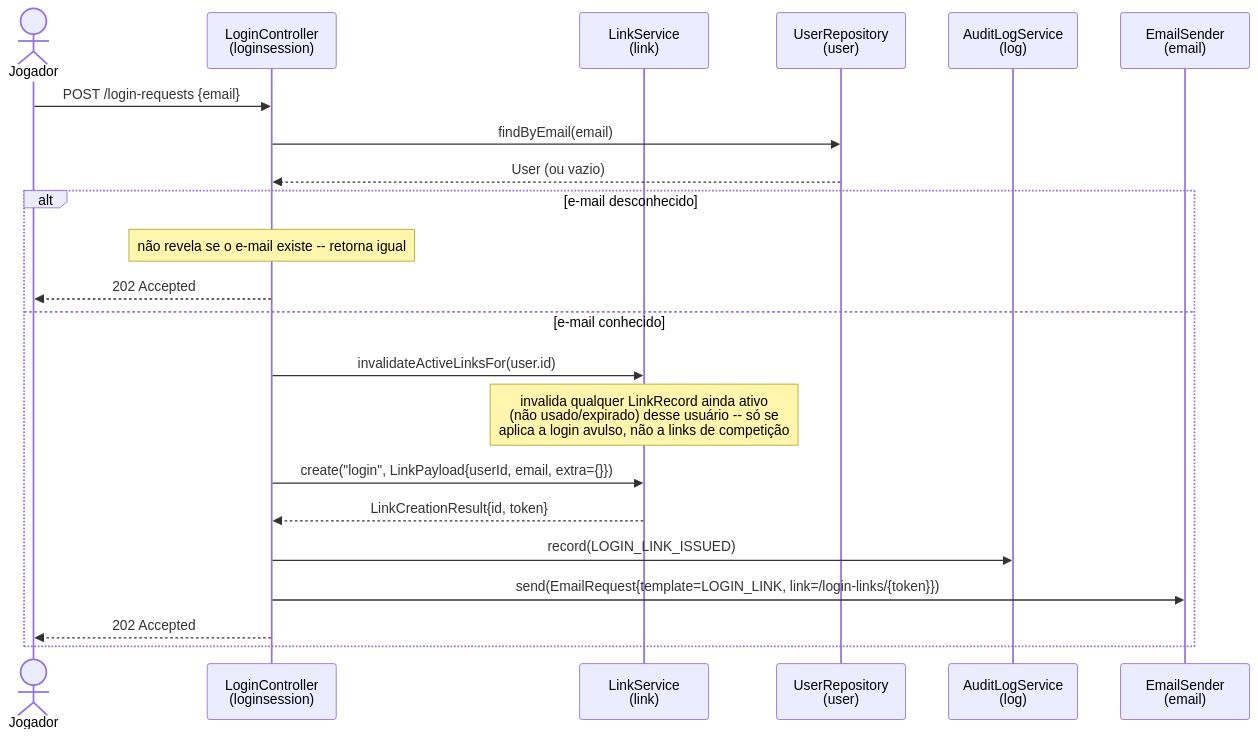
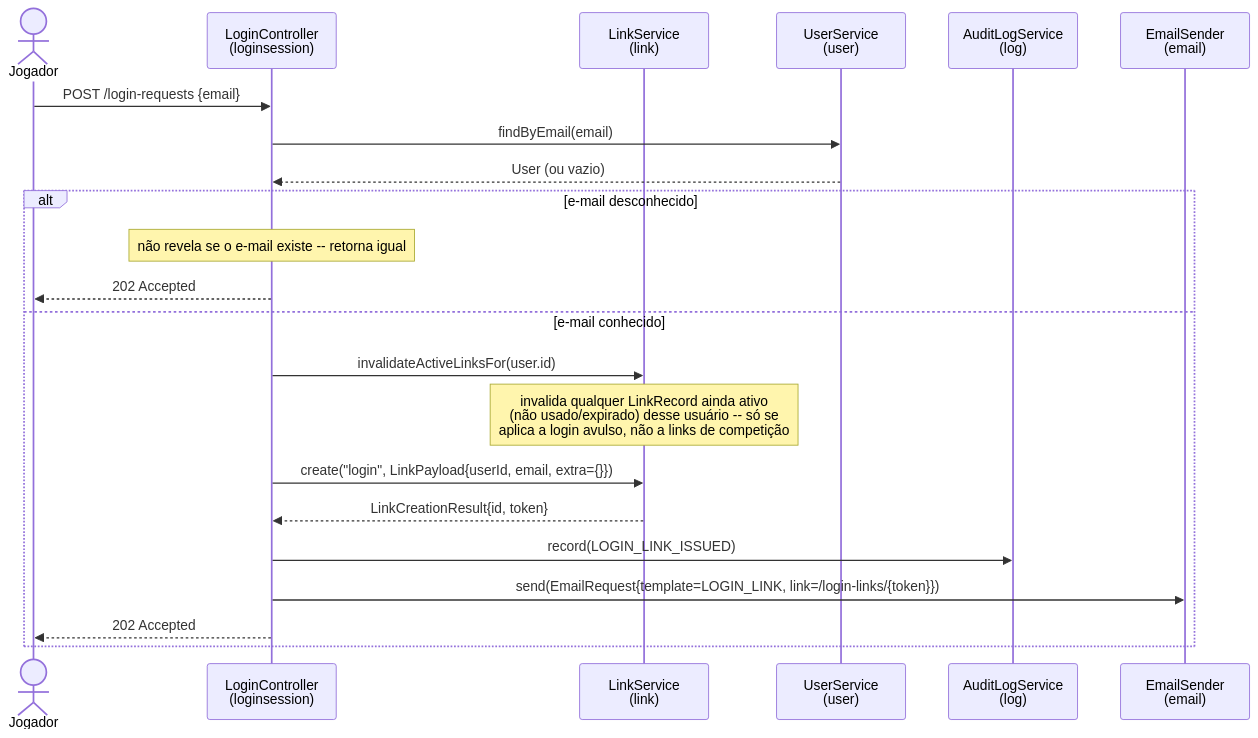
Before and after one commit to lalgarve/jogo-acoes: the first of 10 diagrams in docs/diagrams/sequencia.md, drawn with Mermaid. The commit also changed other lines of this file and 2 other files, not shown here.

First line of the commit message:
docs: update module diagrams and spec 05-029 after implementation

````diff
--- a/docs/diagrams/sequencia.md
+++ b/docs/diagrams/sequencia.md
@@ -19,25 +19,25 @@
 ```mermaid
 sequenceDiagram
     actor J as Jogador
     participant LC as LoginController<br/>(loginsession)
     participant LiS as LinkService<br/>(link)
-    participant UR as UserRepository<br/>(user)
+    participant US as UserService<br/>(user)
     participant AL as AuditLogService<br/>(log)
     participant ES as EmailSender<br/>(email)
 
     J->>LC: POST /login-requests {email}
-    LC->>UR: findByEmail(email)
-    UR-->>LC: User (ou vazio)
+    LC->>US: findByEmail(email)
+    US-->>LC: User (ou vazio)
     alt e-mail desconhecido
         Note over LC: não revela se o e-mail existe -- retorna igual
         LC-->>J: 202 Accepted
     else e-mail conhecido
         LC->>LiS: invalidateActiveLinksFor(user.id)
         Note over LiS: invalida qualquer LinkRecord ainda ativo<br/>(não usado/expirado) desse usuário -- só se<br/>aplica a login avulso, não a links de competição
         LC->>LiS: create("login", LinkPayload{userId, email, extra={}})
         LiS-->>LC: LinkCreationResult{id, token}
         LC->>AL: record(LOGIN_LINK_ISSUED)
         LC->>ES: send(EmailRequest{template=LOGIN_LINK, link=/login-links/{token}})
         LC-->>J: 202 Accepted
     end
 ```
````
